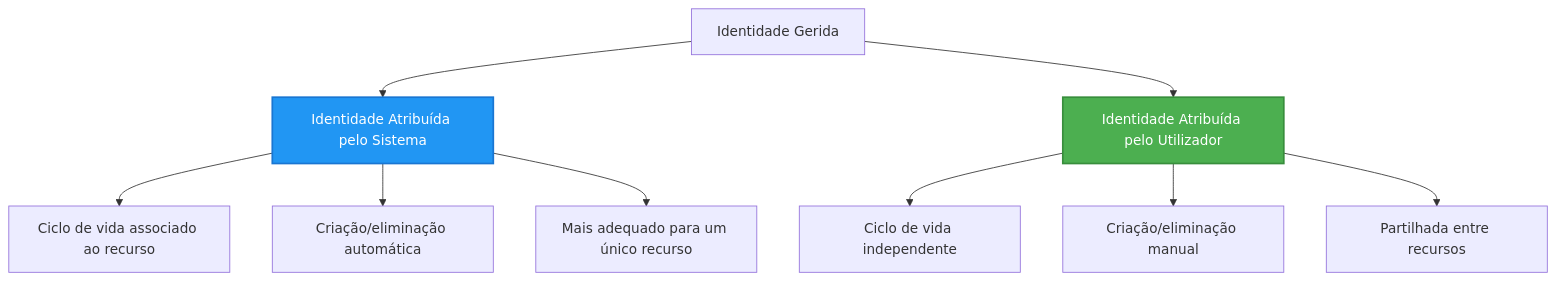
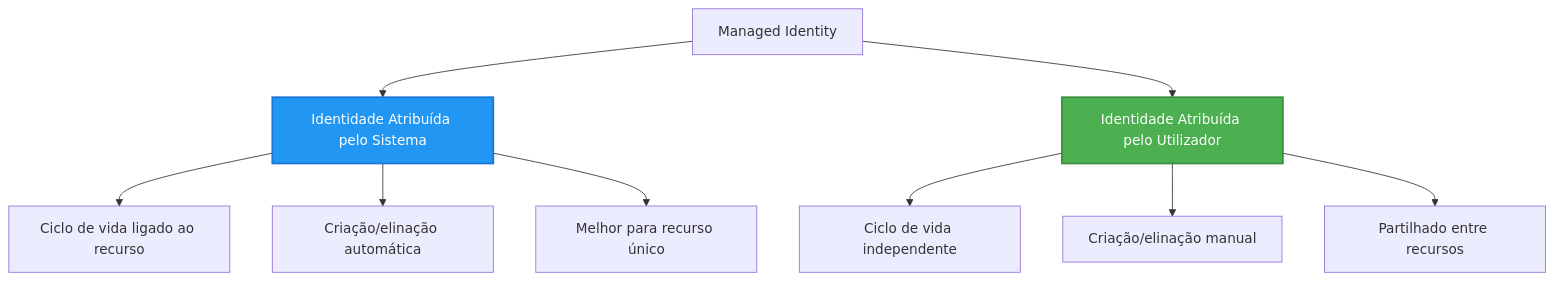
One commit to microsoft/AZD-for-beginners changed the second of 2 diagrams in translations/pt-PT/docs/chapter-03-configuration/authsecurity.md. Above: the diagram before and after it, drawn with Mermaid. The commit also changed other lines of this file and 101 other files, not shown here.

````diff
--- a/translations/pt-PT/docs/chapter-03-configuration/authsecurity.md
+++ b/translations/pt-PT/docs/chapter-03-configuration/authsecurity.md
@@ -97,20 +97,20 @@
 ```mermaid
 graph TB
-    MI[Identidade Gerida]
+    MI[Managed Identity]
     SystemAssigned[Identidade Atribuída pelo Sistema]
     UserAssigned[Identidade Atribuída pelo Utilizador]
     
     MI --> SystemAssigned
     MI --> UserAssigned
     
-    SystemAssigned --> SA1[Ciclo de vida associado ao recurso]
-    SystemAssigned --> SA2[Criação/eliminação automática]
-    SystemAssigned --> SA3[Mais adequado para um único recurso]
+    SystemAssigned --> SA1[Ciclo de vida ligado ao recurso]
+    SystemAssigned --> SA2[Criação/elinação automática]
+    SystemAssigned --> SA3[Melhor para recurso único]
     
     UserAssigned --> UA1[Ciclo de vida independente]
-    UserAssigned --> UA2[Criação/eliminação manual]
-    UserAssigned --> UA3[Partilhada entre recursos]
+    UserAssigned --> UA2[Criação/elinação manual]
+    UserAssigned --> UA3[Partilhado entre recursos]
     
     style SystemAssigned fill:#2196F3,stroke:#1976D2,stroke-width:2px,color:#fff
     style UserAssigned fill:#4CAF50,stroke:#388E3C,stroke-width:2px,color:#fff
 ```
````
